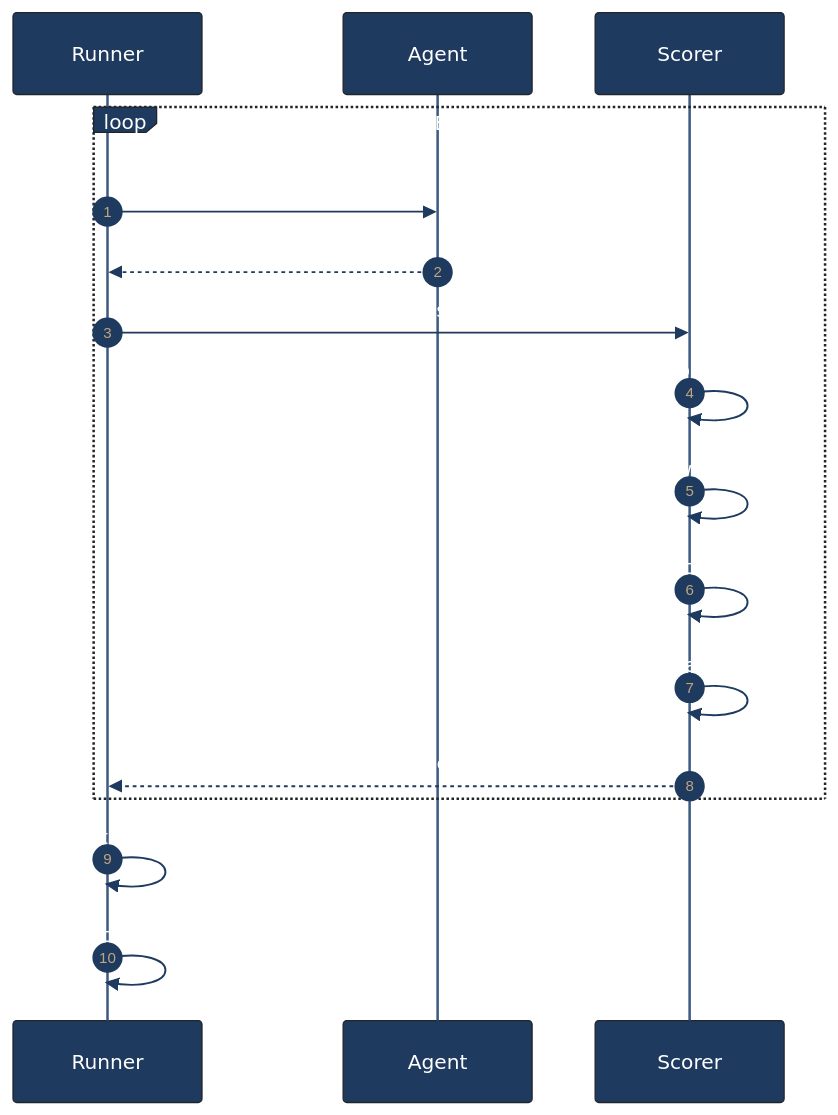
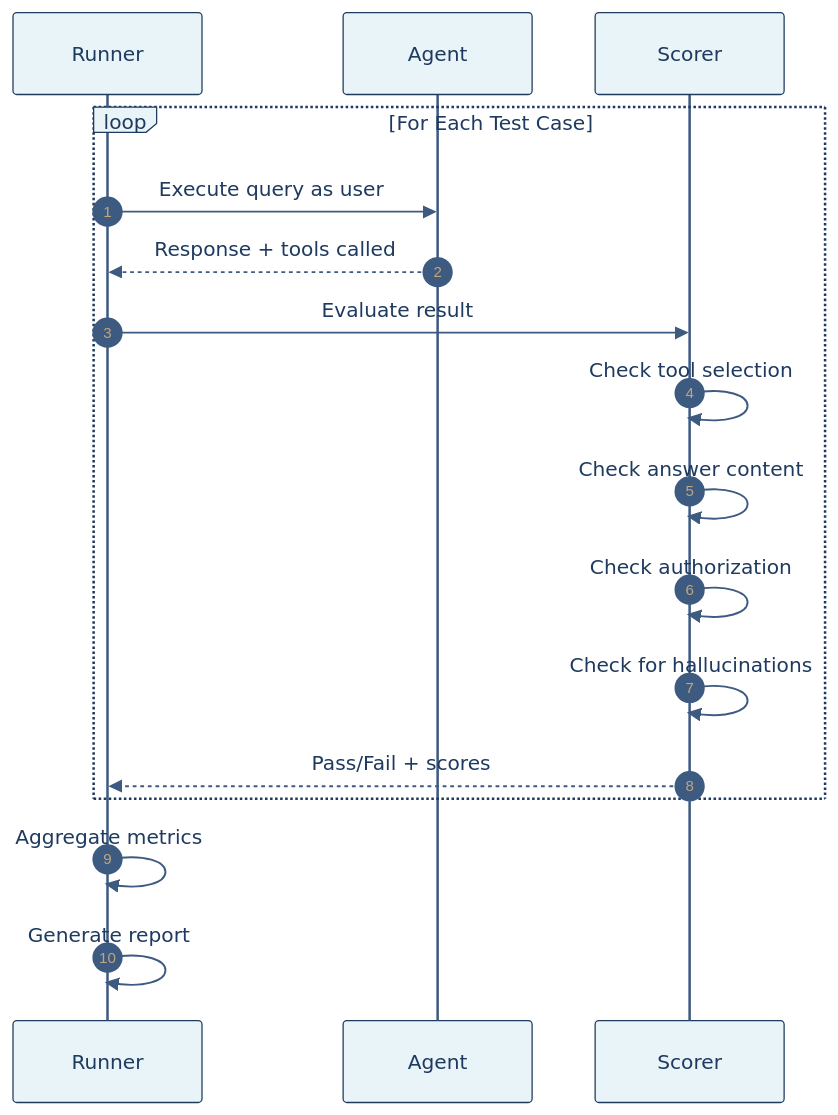
One commit to ruthvik-jeev/hr-agent changed the fourth of 4 diagrams in EVALUATION.md. Above: the diagram before and after it, drawn with Mermaid. The commit also changed other lines of this file and 5 other files, not shown here.

First line of the commit message:
fix: improve diagram text visibility with dark text colors

````diff
--- a/EVALUATION.md
+++ b/EVALUATION.md
@@ -133,25 +133,25 @@
 ```mermaid
-%%{init: {'theme': 'base', 'themeVariables': { 'primaryColor': '#1e3a5f', 'primaryTextColor': '#fff', 'lineColor': '#3d5a80', 'actorLineColor': '#3d5a80', 'signalColor': '#1e3a5f'}}}%%
+%%{init: {'theme': 'base', 'themeVariables': { 'primaryColor': '#e8f4f8', 'primaryTextColor': '#1e3a5f', 'lineColor': '#3d5a80', 'actorBkg': '#e8f4f8', 'actorBorder': '#1e3a5f', 'actorTextColor': '#1e3a5f', 'actorLineColor': '#3d5a80', 'signalColor': '#3d5a80', 'signalTextColor': '#1e3a5f', 'labelTextColor': '#1e3a5f', 'noteTextColor': '#1e3a5f', 'noteBkgColor': '#f7f9fc', 'noteBorderColor': '#3d5a80'}}}%%
 
 sequenceDiagram
     autonumber
     participant R as Runner
     participant A as Agent
     participant S as Scorer
     
     loop For Each Test Case
         R->>A: Execute query as user
         A-->>R: Response + tools called
         R->>S: Evaluate result
         
         S->>S: Check tool selection
         S->>S: Check answer content
         S->>S: Check authorization
         S->>S: Check for hallucinations
         
         S-->>R: Pass/Fail + scores
     end
     
     R->>R: Aggregate metrics
     R->>R: Generate report
 ```
````
